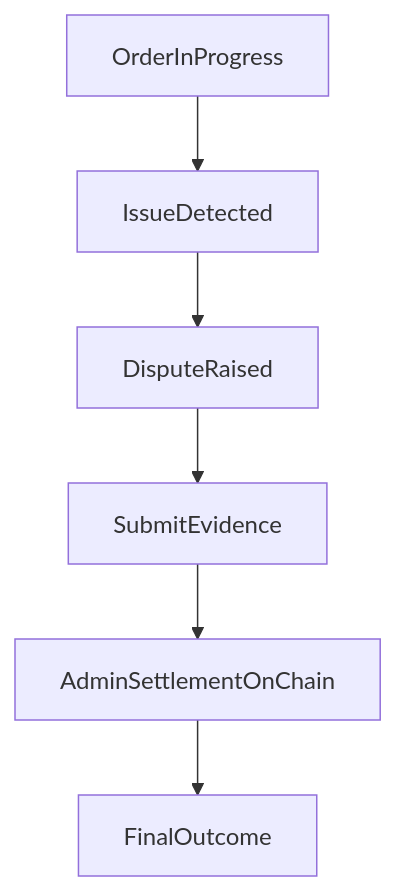
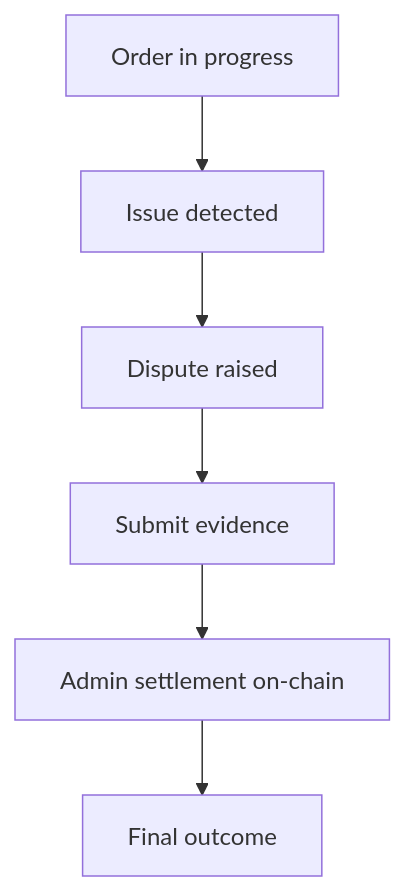
The diagram in for-merchants/disputes.md (victorbss/p2p.me-docs), drawn with Mermaid before and after one commit. The commit also changed 31 other files, not shown here.

````diff
--- a/for-merchants/disputes.md
+++ b/for-merchants/disputes.md
@@ -16,8 +16,8 @@
 ```mermaid
 flowchart TD
-    order[OrderInProgress] --> issue[IssueDetected]
-    issue --> dispute[DisputeRaised]
-    dispute --> evidence[SubmitEvidence]
-    evidence --> settle[AdminSettlementOnChain]
-    settle --> outcome[FinalOutcome]
+    order[Order in progress] --> issue[Issue detected]
+    issue --> dispute[Dispute raised]
+    dispute --> evidence[Submit evidence]
+    evidence --> settle[Admin settlement on-chain]
+    settle --> outcome[Final outcome]
 ```
````
